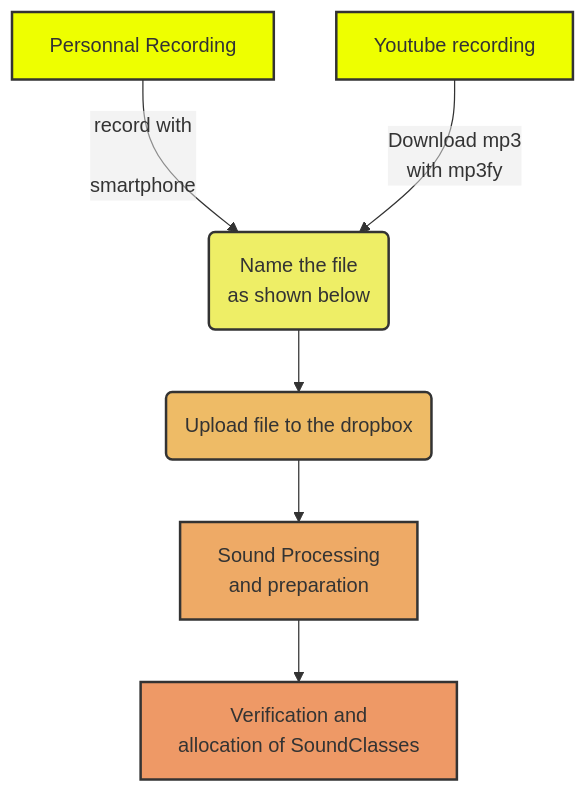
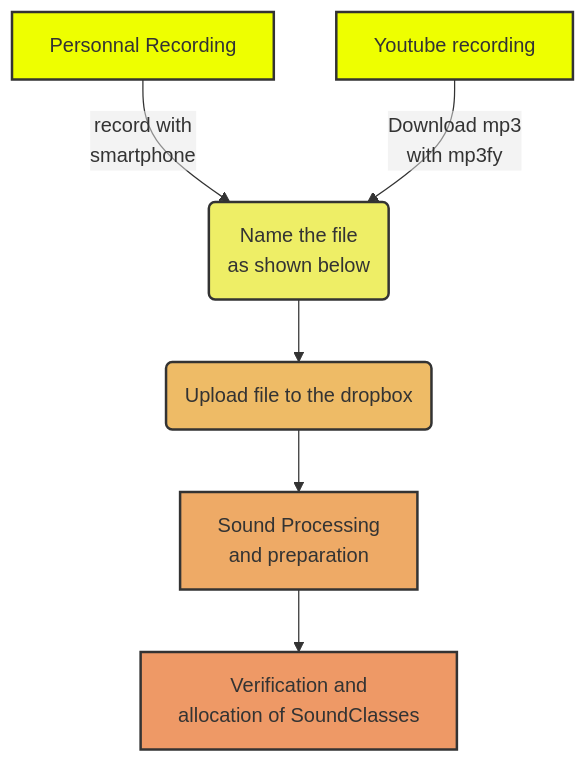
One commit to FrogBoss74/RealCatTranslator changed the diagram in README.md. Above: the diagram before and after it, drawn with Mermaid. The commit also changed other lines of this file, not shown here.

Commit message:
README.md updated from https://stackedit.io/

````diff
--- a/README.md
+++ b/README.md
@@ -25,15 +25,15 @@
 ```mermaid
 
 graph TD
-A1[Personnal <span>Recording</span>] -->|<center>record with <center><br>smartphone</b></center>| B(<center>Name the file <br>as shown below</br></center>)
+A1[Personnal <span>Recording</span>] -->|<center>record with <br>smartphone</b></center>| B(<center>Name the file <br>as shown below</br></center>)
 A2[Youtube recording] -->|<center>Download mp3 <br>with mp3fy</br></center>| B
 B --> C(Upload file to the dropbox)
 C -->D1[<center>Sound Processing <br>and preparation</br></center>]
 D1 -->D2[<center>Verification and <br>allocation of SoundClasses</br></center>]
 style A1 fill:#ef0,stroke:#333,stroke-width:2px;
 style A2 fill:#ef0,stroke:#333,stroke-width:2px;
 style B fill:#ee6,stroke:#333,stroke-width:2px;
 style C fill:#eb6,stroke:#333,stroke-width:2px;
 style D1 fill:#ea6,stroke:#333,stroke-width:2px;
 style D2 fill:#e96,stroke:#333,stroke-width:2px;
 ```
````
